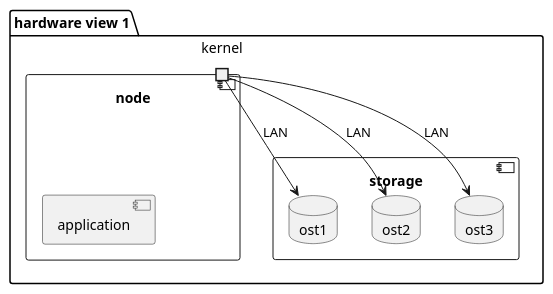
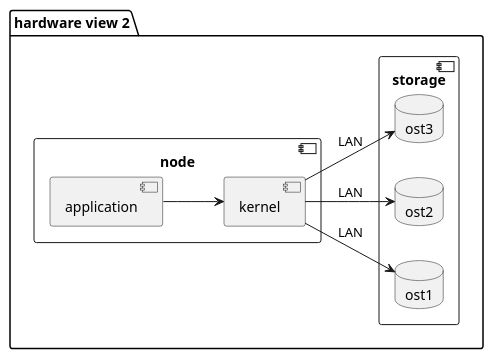
The second of 2 diagrams in docs4understanding/active.md (NCAS-CMS/PyActiveStorage), drawn with PlantUML before and after one commit. The commit also changed other lines of this file, not shown here.

Commit message:
Extended docs4understanding to cover how the contents of storage.py might be deployed across hardware

````diff
--- a/docs4understanding/active.md
+++ b/docs4understanding/active.md
@@ -38,18 +43,19 @@
 ```plantuml
-package "hardware view 1" {
-
+package "hardware view 2" {
+    left to right direction
     component storage {
         database ost1
         database ost2  
         database ost3 
     }
     
     component node {
         component application 
-        port kernel
+        component kernel
+        application --> kernel
     }
     kernel --> ost1: LAN
     kernel --> ost2: LAN
     kernel --> ost3: LAN
 }
 ```
````
